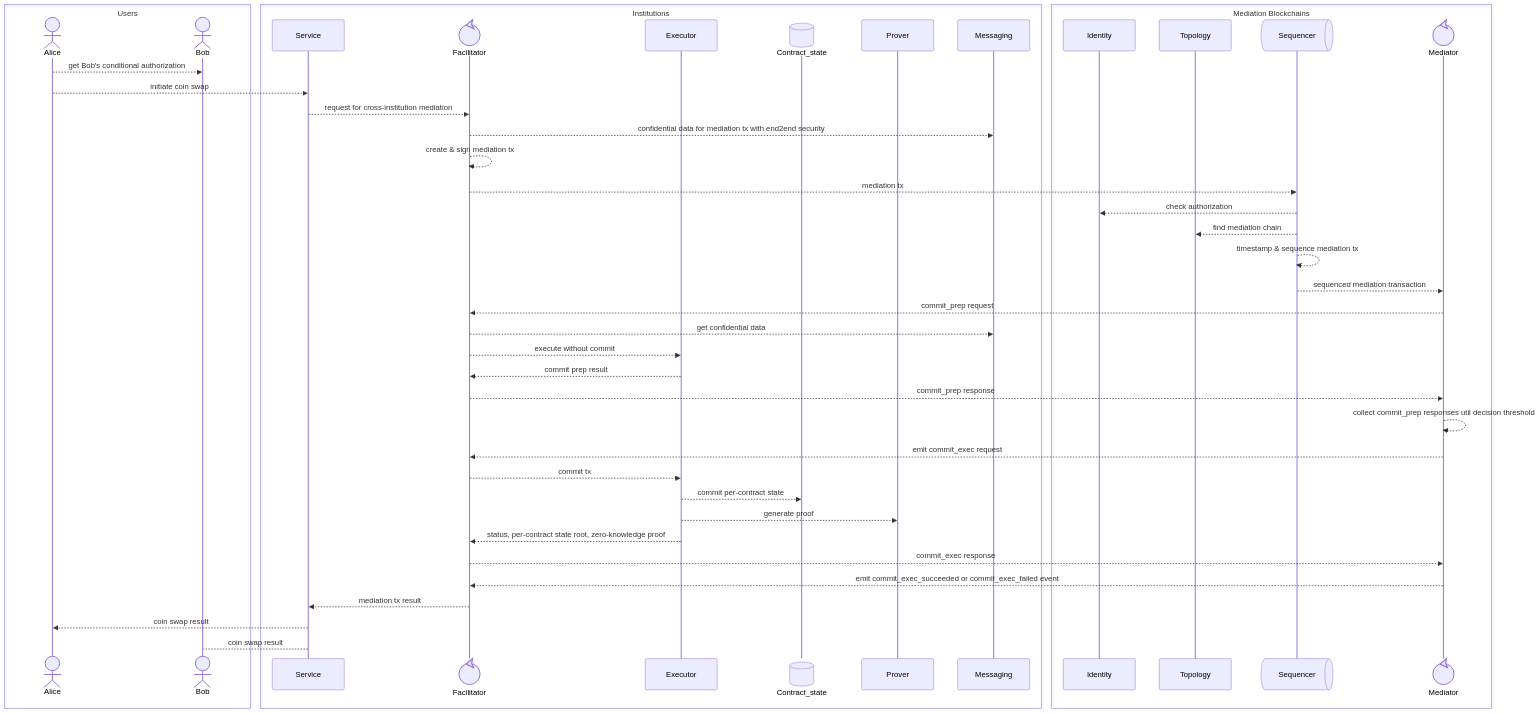
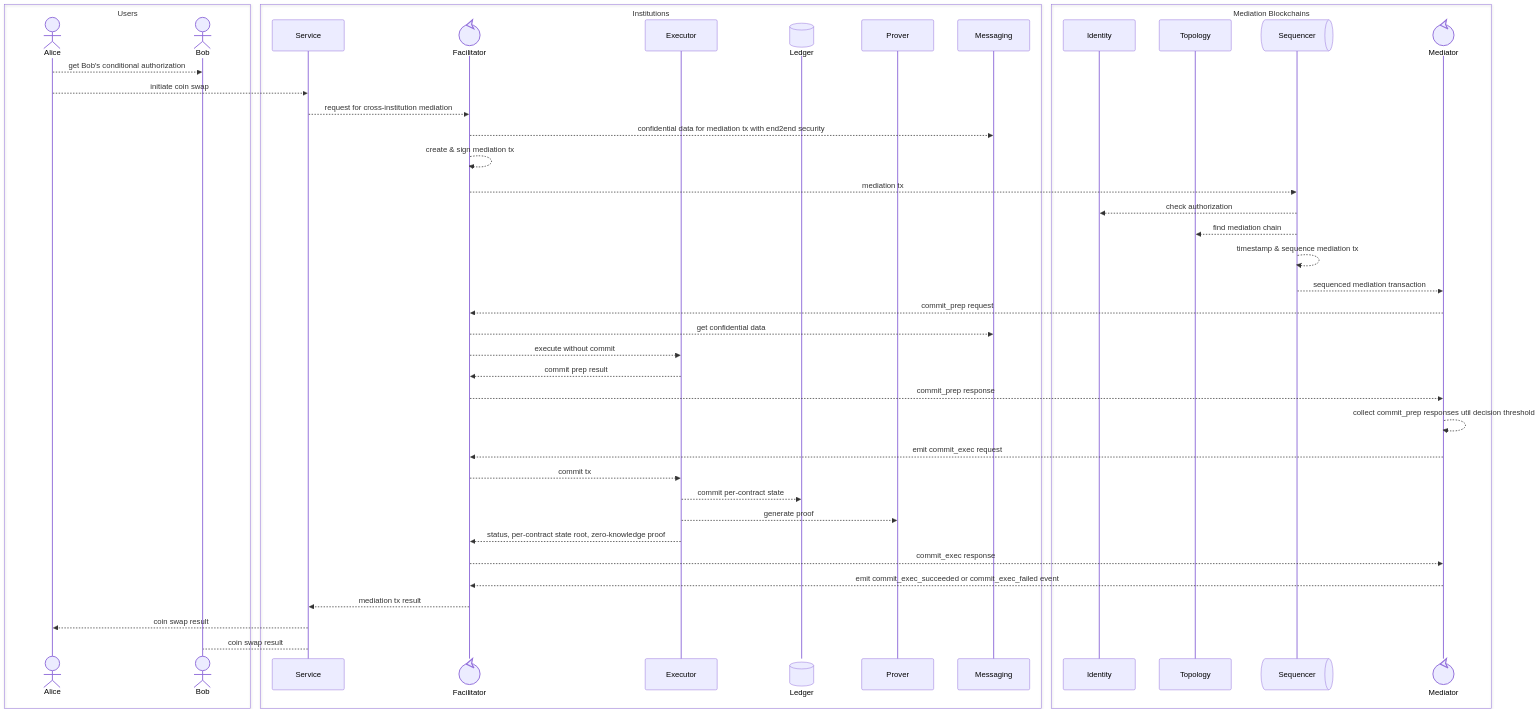
One commit to PDXbaap/design changed the diagram in x-institution-finance.md. Above: the diagram before and after it, drawn with Mermaid.

````diff
--- a/x-institution-finance.md
+++ b/x-institution-finance.md
@@ -29,47 +29,47 @@
 ```mermaid
 sequenceDiagram
 box Users
 actor Alice
 actor Bob
 end
 box Institutions
 participant Service
 participant Facilitator@{"type": "control"}
 participant Executor
-participant Contract_state@{"type": "database"}
+participant Ledger@{"type": "database"}
 participant Prover
 participant Messaging
 end
 box Mediation Blockchains
 participant Identity
 participant Topology
 participant Sequencer@{"type": "queue"}
 participant Mediator@{"type": "control"}
 end
 Alice -->> Bob: get Bob's conditional authorization
 Alice -->> Service: initiate coin swap
 Service -->> Facilitator: request for cross-institution mediation
 Facilitator -->> Messaging: confidential data for mediation tx with end2end security
 Facilitator -->> Facilitator: create & sign mediation tx
 Facilitator -->> Sequencer: mediation tx
 Sequencer -->> Identity: check authorization
 Sequencer -->> Topology: find mediation chain
 Sequencer -->> Sequencer: timestamp & sequence mediation tx
 Sequencer -->> Mediator: sequenced mediation transaction
 Mediator -->> Facilitator: commit_prep request
 Facilitator -->> Messaging: get confidential data
 Facilitator -->> Executor: execute without commit
 Executor -->> Facilitator: commit prep result
 Facilitator -->> Mediator: commit_prep response
 Mediator -->> Mediator: collect commit_prep responses util decision threshold
 Mediator -->> Facilitator: emit commit_exec request
 Facilitator -->> Executor: commit tx
-Executor -->> Contract_state: commit per-contract state
+Executor -->> Ledger: commit per-contract state
 Executor -->> Prover: generate proof
 Executor -->> Facilitator: status, per-contract state root, zero-knowledge proof
 Facilitator -->> Mediator: commit_exec response
 Mediator -->> Facilitator: emit commit_exec_succeeded or commit_exec_failed event
 Facilitator -->> Service: mediation tx result
 Service -->> Alice: coin swap result
 Service --> Bob: coin swap result
 ```
````
